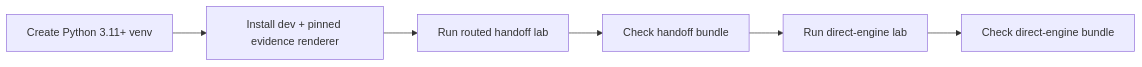
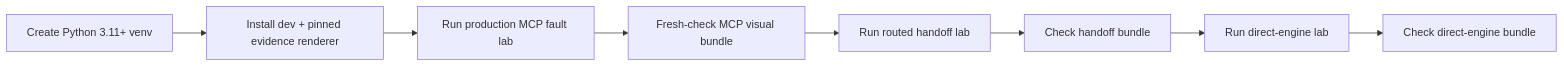
One commit to omar07ibrahim/k2do changed the diagram in README.md. Above: the diagram before and after it, drawn with Mermaid. The commit also changed other lines of this file, not shown here.

Commit message:
Document verified MCP fault lifecycle

````diff
--- a/README.md
+++ b/README.md
@@ -30,8 +33,10 @@
 ```mermaid
 flowchart LR
     V["Create Python 3.11+ venv"] --> I["Install dev + pinned evidence renderer"]
-    I --> H["Run routed handoff lab"]
+    I --> M["Run production MCP fault lab"]
+    M --> MC["Fresh-check MCP visual bundle"]
+    MC --> H["Run routed handoff lab"]
     H --> HC["Check handoff bundle"]
     HC --> D["Run direct-engine lab"]
     D --> DC["Check direct-engine bundle"]
 ```
````
